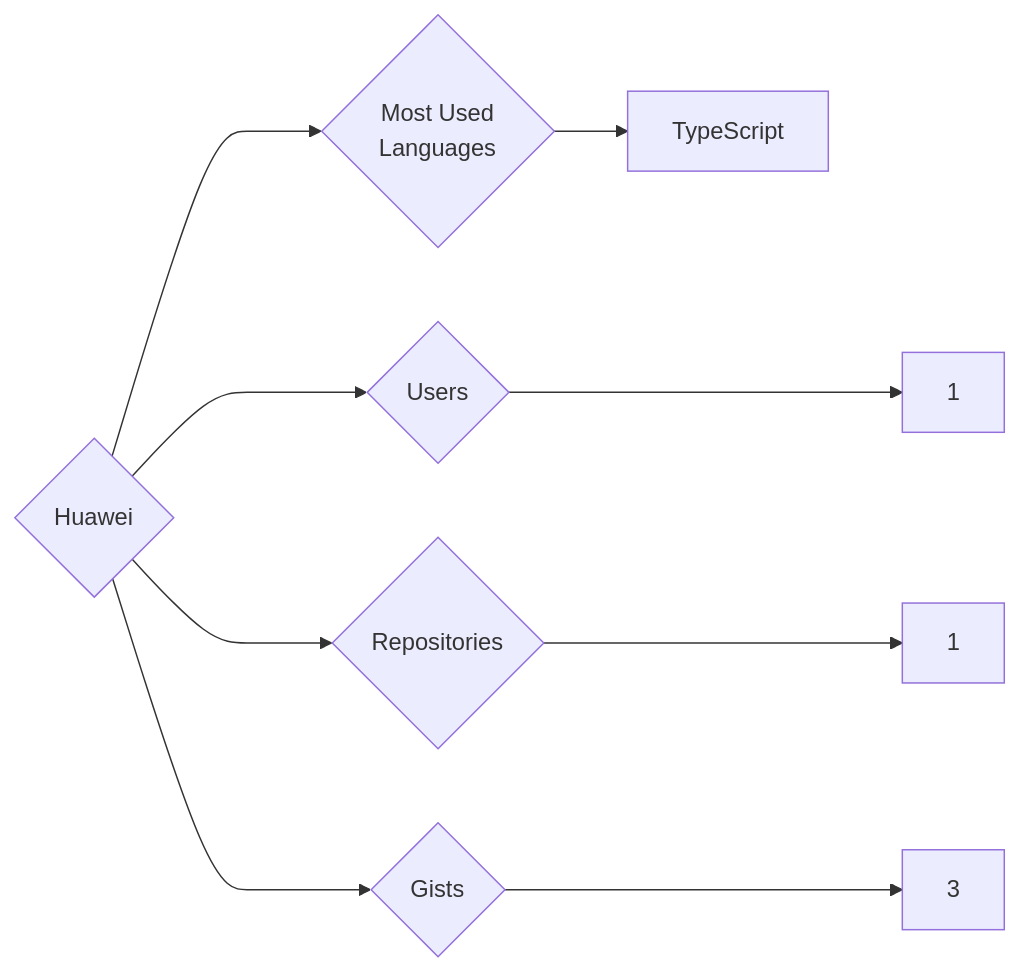
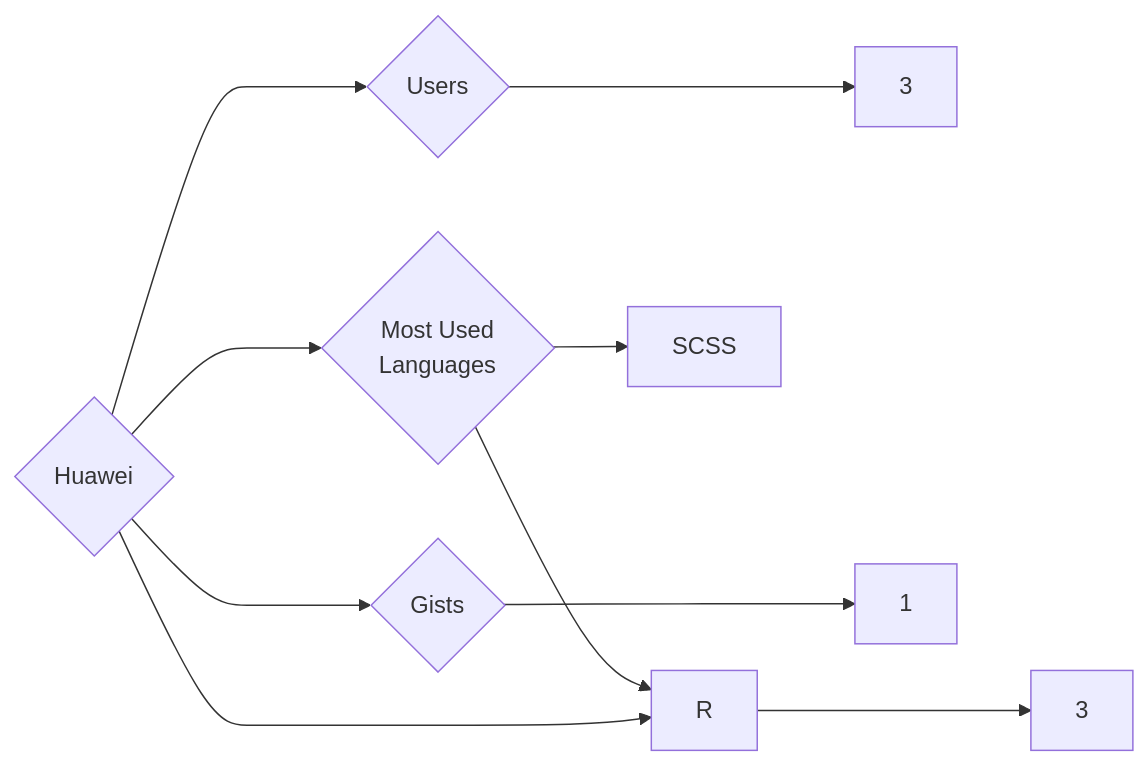
One commit to trickest/insiders changed the diagram in targets/Huawei/README.md. Above: the diagram before and after it, drawn with Mermaid. The commit also changed 776 other files, not shown here.

````diff
--- a/targets/Huawei/README.md
+++ b/targets/Huawei/README.md
@@ -3,9 +3,10 @@
 ```mermaid
 graph LR
 COMPANY_NAME{Huawei}
-COMPANY_NAME ---> U{Users} ---> UN[1]
-COMPANY_NAME ---> R{Repositories} ---> RN[1]
-COMPANY_NAME ---> G{Gists} ---> GN[3]
+COMPANY_NAME ---> U{Users} ---> UN[3]
+COMPANY_NAME ---> R{Repositories} ---> RN[3]
+COMPANY_NAME ---> G{Gists} ---> GN[1]
 COMPANY_NAME ---> ML{Most Used<br>Languages}
-ML --> TypeScript[TypeScript]
+ML --> SCSS[SCSS]
+ML --> R[R]
 ```
````
